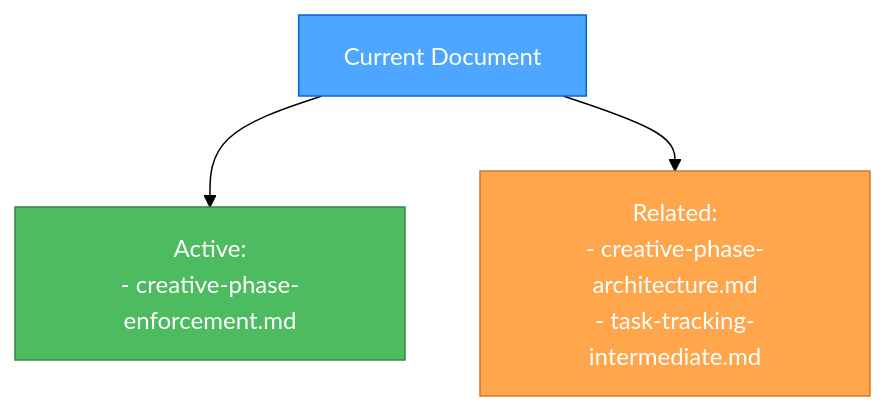
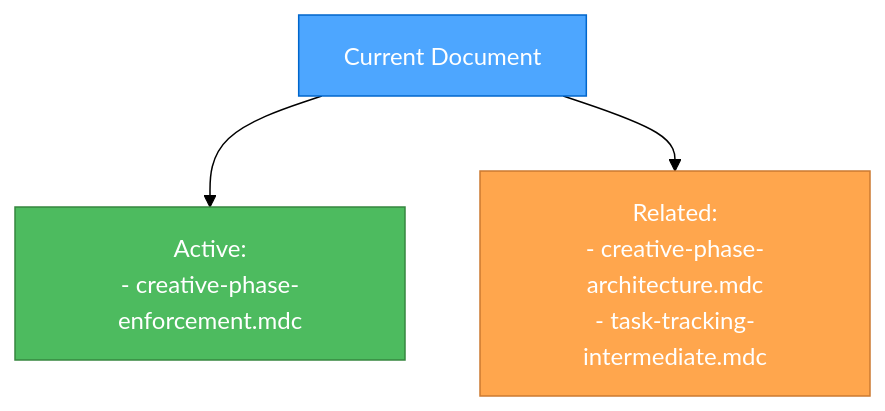
The fourth of 4 diagrams in .cursor/rules/isolation_rules/Core/creative-phase-enforcement.mdc (vedmalex/b-plus-tree), drawn with Mermaid (forest theme) before and after one commit. The commit also changed other lines of this file and 53 other files, not shown here.

````diff
--- a/.cursor/rules/isolation_rules/Core/creative-phase-enforcement.mdc
+++ b/.cursor/rules/isolation_rules/Core/creative-phase-enforcement.mdc
@@ -137,9 +136,9 @@
 ```mermaid
 graph TD
-    Current["Current Document"] --> Active["Active:<br>- creative-phase-enforcement.md"]
-    Current --> Related["Related:<br>- creative-phase-architecture.md<br>- task-tracking-intermediate.md"]
-    
+    Current["Current Document"] --> Active["Active:<br>- creative-phase-enforcement.mdc"]
+    Current --> Related["Related:<br>- creative-phase-architecture.mdc<br>- task-tracking-intermediate.mdc"]
+
     style Current fill:#4da6ff,stroke:#0066cc,color:white
     style Active fill:#4dbb5f,stroke:#36873f,color:white
     style Related fill:#ffa64d,stroke:#cc7a30,color:white
-``` 
+```
````
